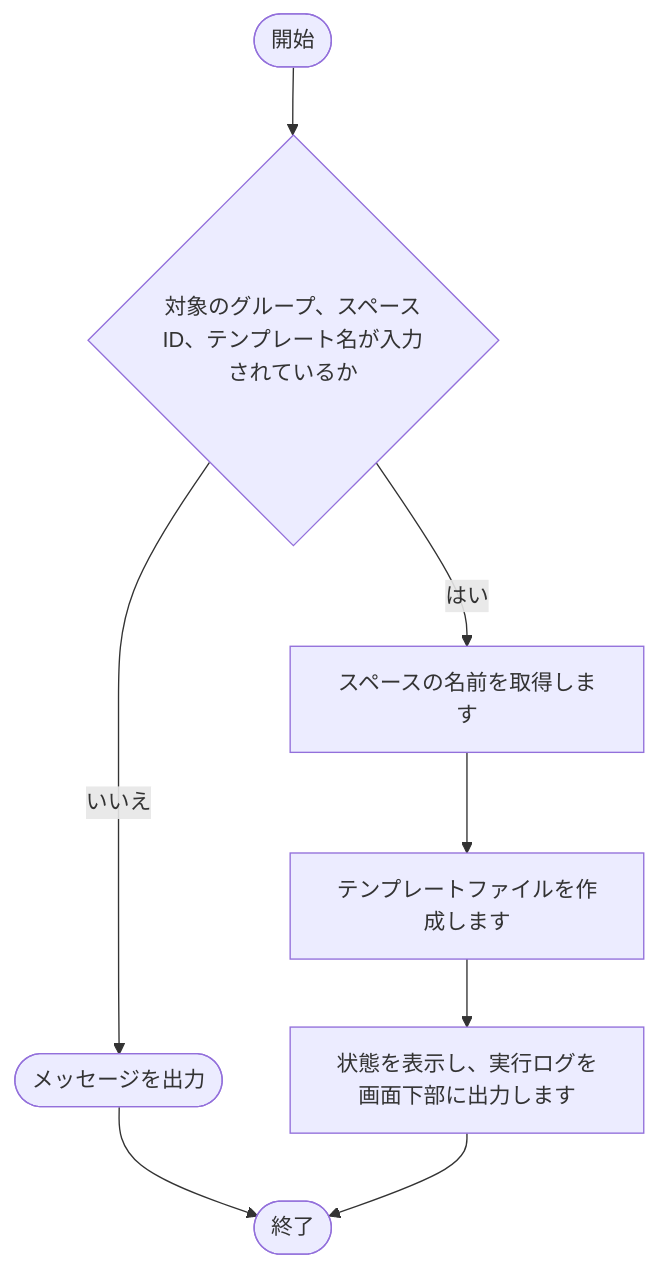
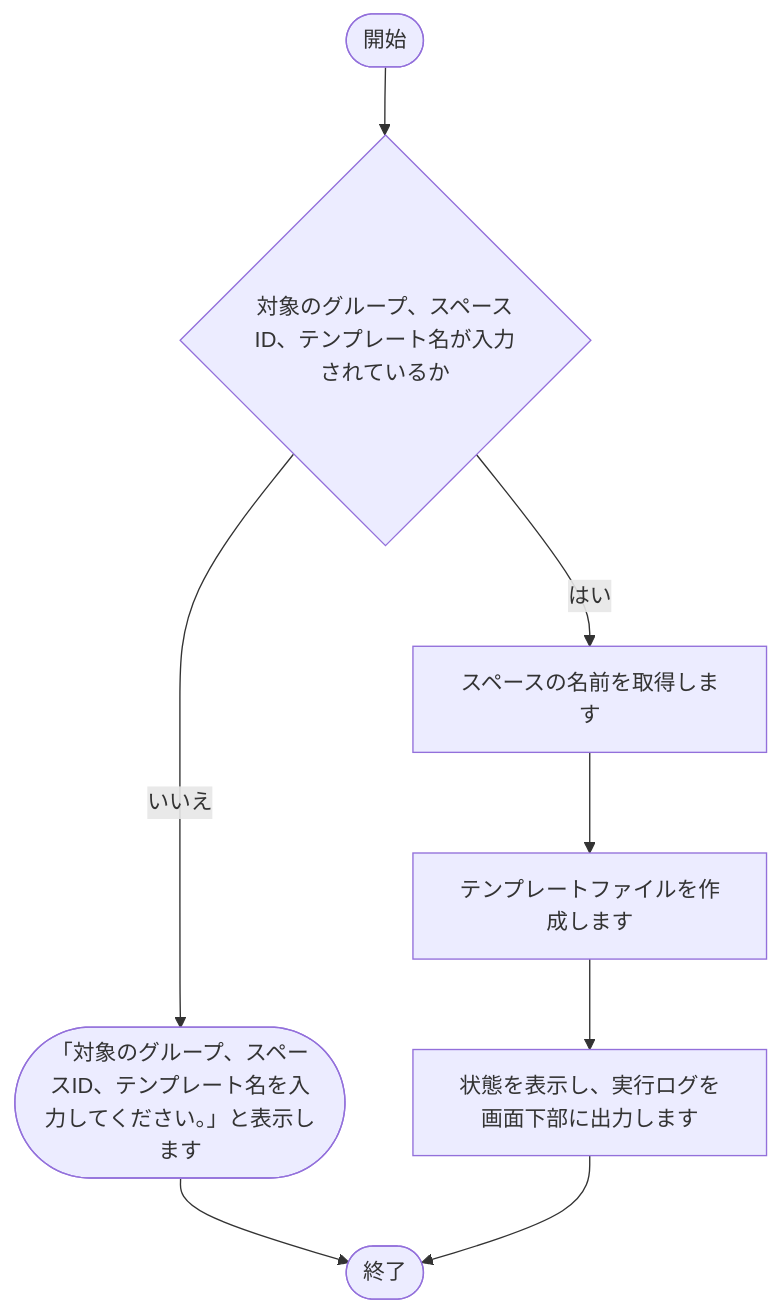
Diagram 16 of 16 in tool/kintone-resourse-generator/doc/02_設計/処理フロー.md (nishida2073/project_management), drawn with Mermaid before and after one commit. The commit also changed other lines of this file and 81 other files, not shown here.

````diff
--- a/tool/kintone-resourse-generator/doc/02_設計/処理フロー.md
+++ b/tool/kintone-resourse-generator/doc/02_設計/処理フロー.md
@@ -450,17 +464,17 @@
 ```mermaid
 flowchart TD
     S(["開始"])
     E(["終了"])
     N1{"対象のグループ、スペースID、テンプレート名が入力されているか"}
-    X1(["メッセージを出力"])
+    X1(["「対象のグループ、スペースID、テンプレート名を入力してください。」と表示します"])
     X1 --> E
     N1 -- いいえ --> X1
     S --> N1
     N2["スペースの名前を取得します"]
     N1 -- はい --> N2
     N3["テンプレートファイルを作成します"]
     N2 --> N3
     N4["状態を表示し、実行ログを画面下部に出力します"]
     N3 --> N4
     N4 --> E
 ```
````
